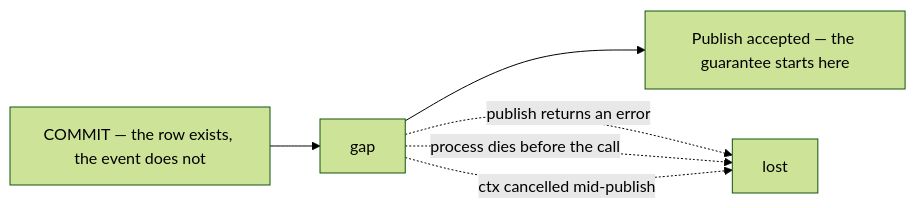
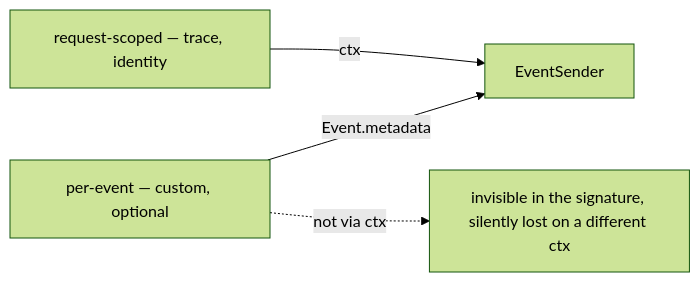
The ninth of 11 diagrams in docs/technical/event_architecture/context_clarify.md (pdcgo/warehouse_revamp), drawn with Mermaid (forest theme) before and after one commit. The commit also changed other lines of this file and 10 other files, not shown here.

Commit message:
godok event architecture

````diff
--- a/docs/technical/event_architecture/context_clarify.md
+++ b/docs/technical/event_architecture/context_clarify.md
@@ -141,8 +507,6 @@
 ```mermaid
 flowchart LR
-  A["COMMIT — the row exists, the event does not"] --> B["gap"]
-  B --> C["Publish accepted — the guarantee starts here"]
-  B -.->|"publish returns an error"| L["lost"]
-  B -.->|"process dies before the call"| L
-  B -.->|"ctx cancelled mid-publish"| L
+  R["request-scoped — trace, identity"] -->|"ctx"| S["EventSender"]
+  O["per-event — custom, optional"] -->|"Event.metadata"| S
+  O -.->|"not via ctx"| X["invisible in the signature, silently lost on a different ctx"]
 ```
````
